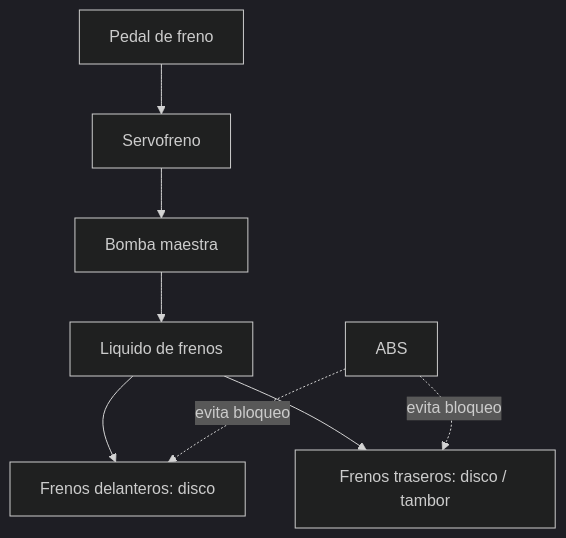
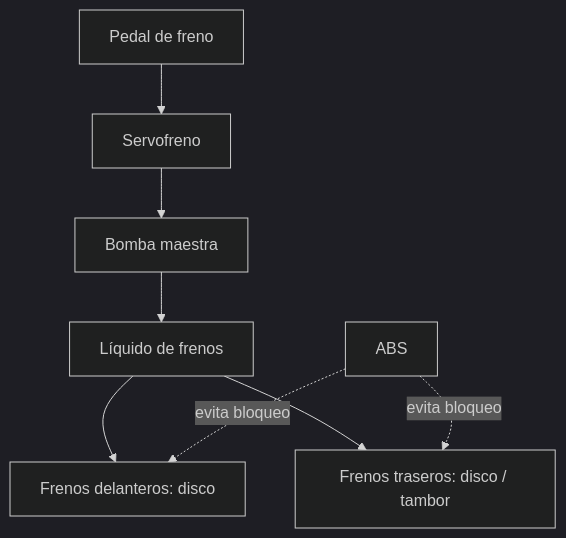
The fifth of 5 diagrams in vehiculos/automoviles/operacion/sistemas-mecanicos-automovil.md (vladimiracunadev-create/machine-operator-program), drawn with Mermaid (dark theme) before and after one commit. The commit also changed other lines of this file and 442 other files, not shown here.

````diff
--- a/vehiculos/automoviles/operacion/sistemas-mecanicos-automovil.md
+++ b/vehiculos/automoviles/operacion/sistemas-mecanicos-automovil.md
@@ -138,10 +138,10 @@
 ```mermaid
 flowchart TD
     Pedal[Pedal de freno] --> Servo[Servofreno]
     Servo --> Bomba[Bomba maestra]
-    Bomba --> Liquido[Liquido de frenos]
+    Bomba --> Liquido[Líquido de frenos]
     Liquido --> PinzaD[Frenos delanteros: disco]
     Liquido --> PinzaT[Frenos traseros: disco / tambor]
     ABS[ABS] -. evita bloqueo .-> PinzaD
     ABS -. evita bloqueo .-> PinzaT
 ```
````
